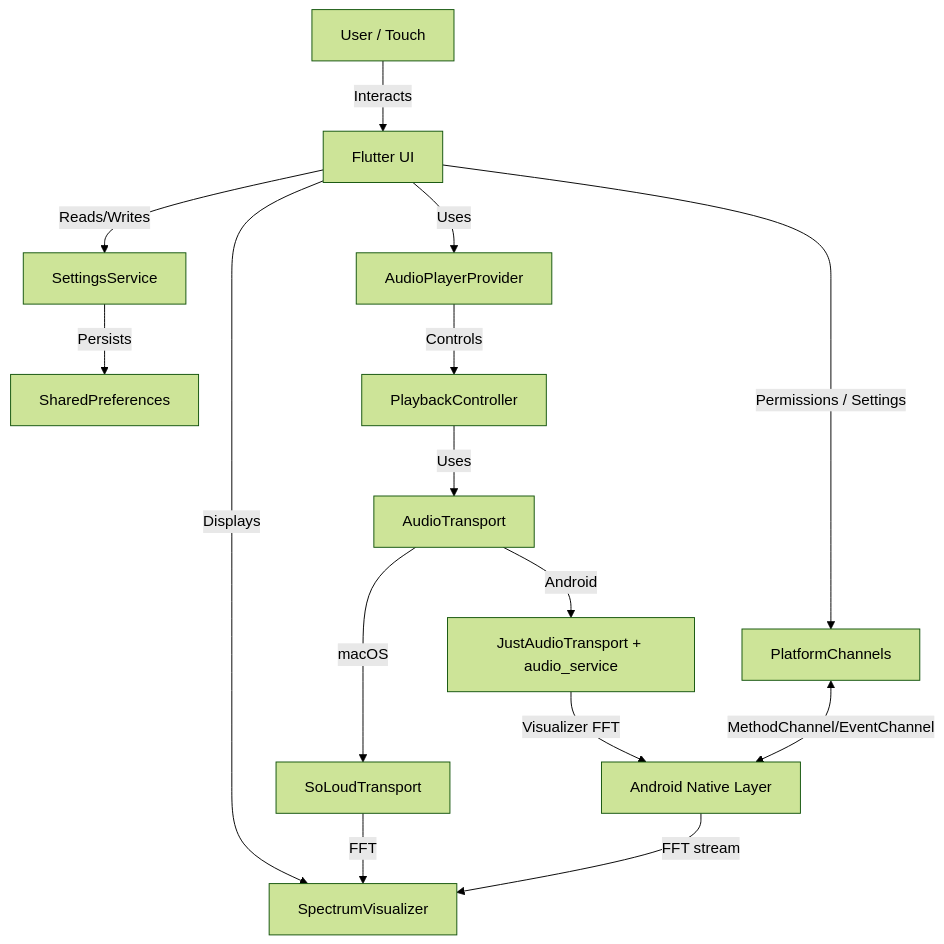
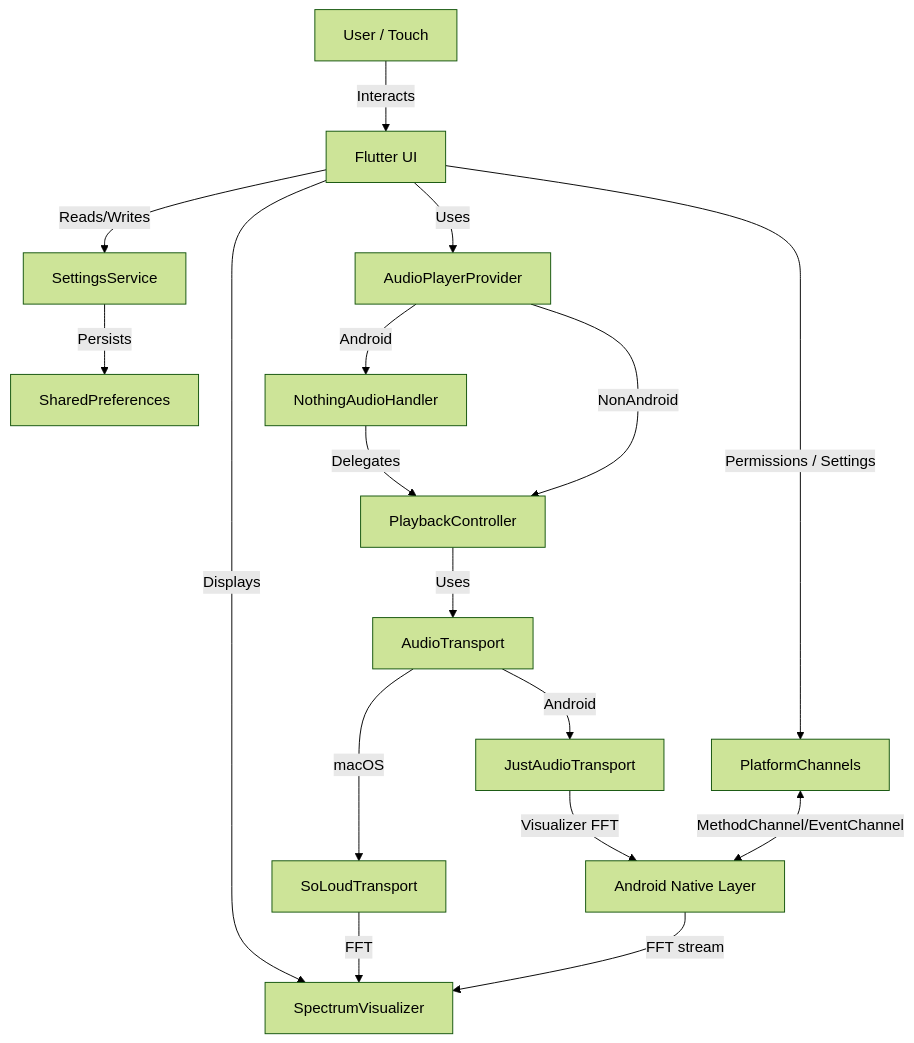
The diagram in docs/architecture/overview.md (maxim-saplin/nothingness), drawn with Mermaid (forest theme) before and after one commit. The commit also changed other lines of this file and 11 other files, not shown here.

Commit message:
Audio refactor, playback state hardening

````diff
--- a/docs/architecture/overview.md
+++ b/docs/architecture/overview.md
@@ -7,18 +7,20 @@
 ```mermaid
 graph TD
     User[User / Touch] --> |Interacts| UI[Flutter UI]
     UI --> |Reads/Writes| Settings[SettingsService]
     UI --> |Displays| Vis[SpectrumVisualizer]
     UI --> |Uses| Provider[AudioPlayerProvider]
-    Provider --> |Controls| Controller[PlaybackController]
+    Provider --> |Android| Handler[NothingAudioHandler]
+    Provider --> |NonAndroid| Controller[PlaybackController]
+    Handler --> |Delegates| Controller
     Controller --> |Uses| Transport[AudioTransport]
     Transport --> |macOS| SoLoud[SoLoudTransport]
-    Transport --> |Android| JA[JustAudioTransport + audio_service]
+    Transport --> |Android| JA[JustAudioTransport]
     UI --> |Permissions / Settings| PC[PlatformChannels]
 
     Settings --> |Persists| SP[SharedPreferences]
     PC <--> |MethodChannel/EventChannel| Native[Android Native Layer]
     SoLoud --> |FFT| Vis
     JA --> |Visualizer FFT| Native
     Native --> |FFT stream| Vis
 ```
````
